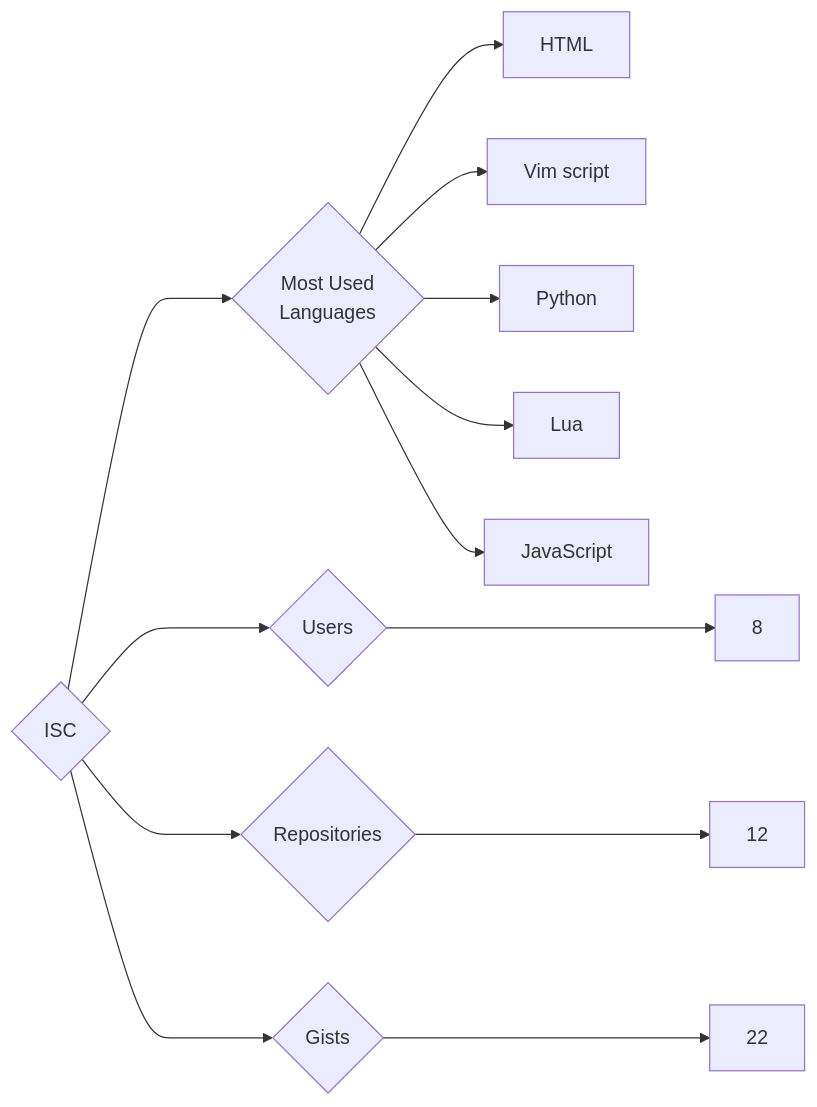
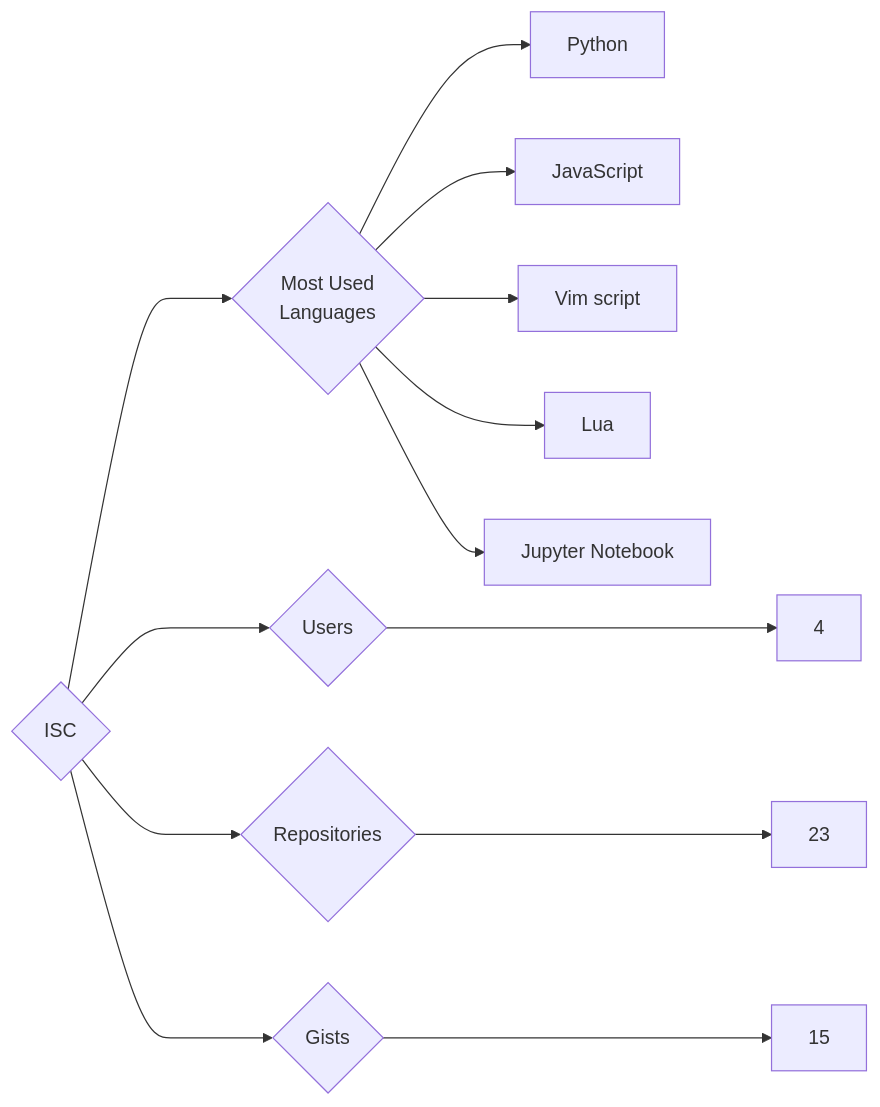
Before and after one commit to trickest/insiders: the diagram in targets/ISC/README.md, drawn with Mermaid. The commit also changed 935 other files, not shown here.

````diff
--- a/targets/ISC/README.md
+++ b/targets/ISC/README.md
@@ -3,13 +3,13 @@
 ```mermaid
 graph LR
 COMPANY_NAME{ISC}
-COMPANY_NAME ---> U{Users} ---> UN[8]
-COMPANY_NAME ---> R{Repositories} ---> RN[12]
-COMPANY_NAME ---> G{Gists} ---> GN[22]
+COMPANY_NAME ---> U{Users} ---> UN[4]
+COMPANY_NAME ---> R{Repositories} ---> RN[23]
+COMPANY_NAME ---> G{Gists} ---> GN[15]
 COMPANY_NAME ---> ML{Most Used<br>Languages}
-ML --> HTML[HTML]
+ML --> Python[Python]
+ML --> JavaScript[JavaScript]
 ML --> Vim_script[Vim script]
-ML --> Python[Python]
 ML --> Lua[Lua]
-ML --> JavaScript[JavaScript]
+ML --> Jupyter_Notebook[Jupyter Notebook]
 ```
````
